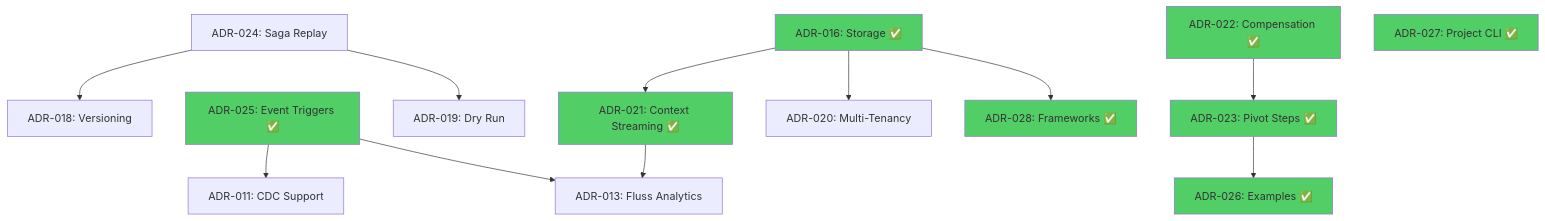
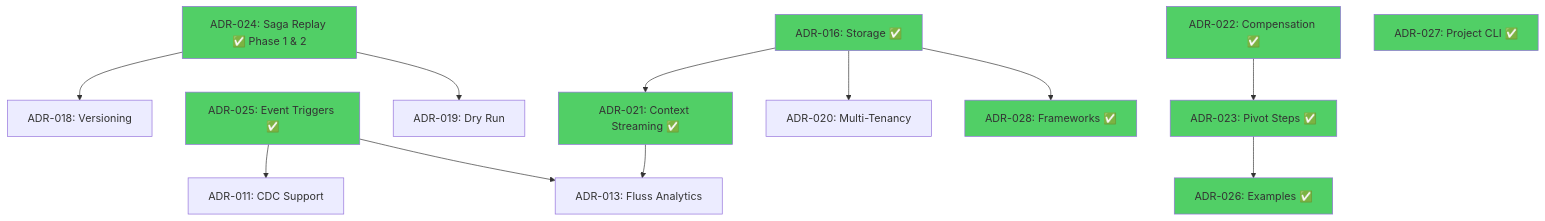
Before and after one commit to brunolnetto/sagaz: the second of 2 diagrams in docs/architecture/adr-roadmap-dependencies.md, drawn with Mermaid. The commit also changed other lines of this file and 2 other files, not shown here.

First line of the commit message:
docs: Update ADR tracking files for completed features

````diff
--- a/docs/architecture/adr-roadmap-dependencies.md
+++ b/docs/architecture/adr-roadmap-dependencies.md
@@ -55,42 +57,39 @@
 ```mermaid
 graph TD
     %% Streaming dependencies (ADR-021 requires ADR-016)
     ADR016[ADR-016: Storage ✅] --> ADR021[ADR-021: Context Streaming ✅]
     
     %% Event triggers (independent, but enhances CDC)
     ADR025[ADR-025: Event Triggers ✅] --> ADR011[ADR-011: CDC Support]
     
     %% Replay chain
-    ADR024[ADR-024: Saga Replay] --> ADR018[ADR-018: Versioning]
+    ADR024[ADR-024: Saga Replay ✅ Phase 1 & 2] --> ADR018[ADR-018: Versioning]
     ADR024 --> ADR019[ADR-019: Dry Run]
     
     %% Multi-tenancy requires storage
     ADR016 --> ADR020[ADR-020: Multi-Tenancy]
     
     %% Advanced analytics requires streaming + triggers
     ADR021 --> ADR013[ADR-013: Fluss Analytics]
     ADR025 --> ADR013
     
     %% Framework integration requires storage
     ADR016 --> ADR028[ADR-028: Frameworks ✅]
     
     %% Pivot chain (independent of streaming!)
     ADR022[ADR-022: Compensation ✅] --> ADR023[ADR-023: Pivot Steps ✅]
     ADR023 --> ADR026[ADR-026: Examples ✅]
     
     style ADR016 fill:#51cf66
     style ADR022 fill:#51cf66
     style ADR023 fill:#51cf66
-    style ADR023 fill:#51cf66
-    style ADR026 fill:#51cf66
-    style ADR028 fill:#51cf66
-    style ADR023 fill:#51cf66
     style ADR026 fill:#51cf66
     style ADR028 fill:#51cf66
     style ADR025 fill:#51cf66
     style ADR027 fill:#51cf66
     style ADR021 fill:#51cf66
+    style ADR024 fill:#51cf66
 
     %% Independent
     ADR027[ADR-027: Project CLI ✅]
 ```
````
